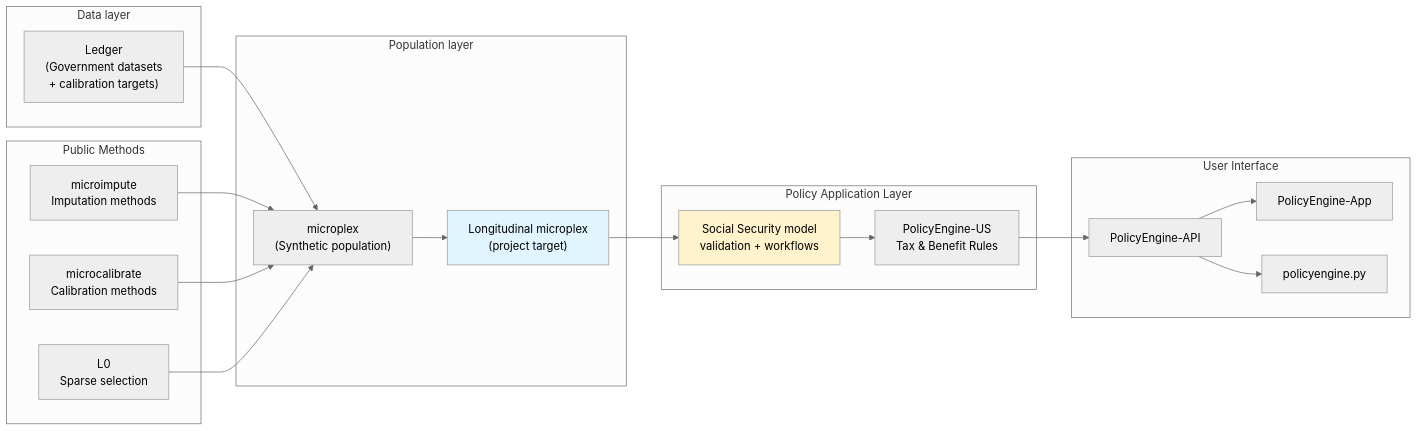
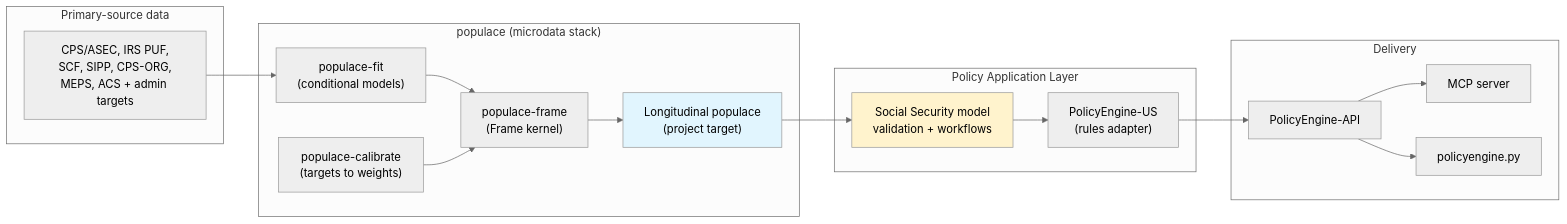
Before and after one commit to PolicyEngine/populace-dynamics: the diagram in docs/infrastructure.md, drawn with Mermaid (neutral theme). The commit also changed other lines of this file and 17 other files, not shown here.

````diff
--- a/docs/infrastructure.md
+++ b/docs/infrastructure.md
@@ -18,42 +18,37 @@
 ```mermaid
 flowchart LR
-    subgraph data["Data layer"]
-        LEDGER["Ledger<br/>(Government datasets<br/>+ calibration targets)"]
+    subgraph sources["Primary-source data"]
+        SRC["CPS/ASEC, IRS PUF,<br/>SCF, SIPP, CPS-ORG,<br/>MEPS, ACS + admin targets"]
     end
 
-    subgraph sources["Public Methods"]
-        MI["microimpute<br/>Imputation methods"]
-        MC["microcalibrate<br/>Calibration methods"]
-        L0["L0<br/>Sparse selection"]
-    end
-
-    subgraph population["Population layer"]
-        MPX["microplex<br/>(Synthetic population)"]
-        LMPX["Longitudinal microplex<br/>(project target)"]
+    subgraph population["populace (microdata stack)"]
+        FRAME["populace-frame<br/>(Frame kernel)"]
+        FIT["populace-fit<br/>(conditional models)"]
+        CAL["populace-calibrate<br/>(targets to weights)"]
+        LMPX["Longitudinal populace<br/>(project target)"]
     end
 
     subgraph application["Policy Application Layer"]
         SSM["Social Security model<br/>validation + workflows"]
-        PEUS["PolicyEngine-US<br/>Tax & Benefit Rules"]
+        PEUS["PolicyEngine-US<br/>(rules adapter)"]
     end
 
-    subgraph interface["User Interface"]
+    subgraph interface["Delivery"]
         API["PolicyEngine-API"]
-        APP["PolicyEngine-App"]
+        MCP["MCP server"]
         PY["policyengine.py"]
     end
 
-    LEDGER --> MPX
-    MI --> MPX
-    MC --> MPX
-    L0 --> MPX
-    MPX --> LMPX
+    SRC --> FIT
+    FIT --> FRAME
+    CAL --> FRAME
+    FRAME --> LMPX
     LMPX --> SSM
     SSM --> PEUS
     PEUS --> API
-    API --> APP
+    API --> MCP
     API --> PY
 
     style LMPX fill:#e1f5fe
     style SSM fill:#fff3cd
 ```
````
